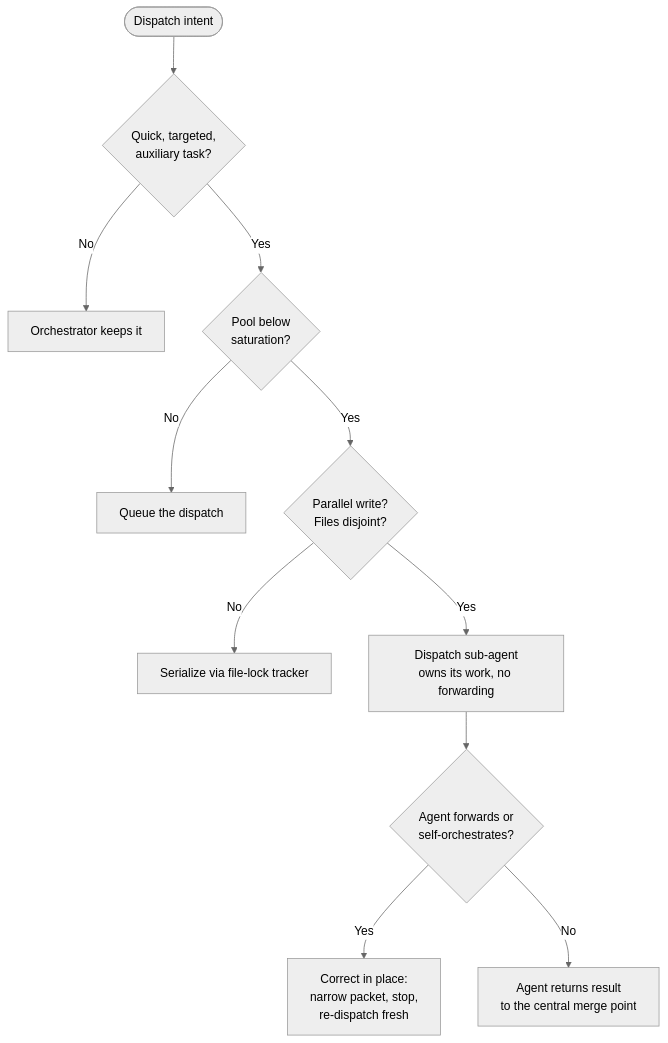
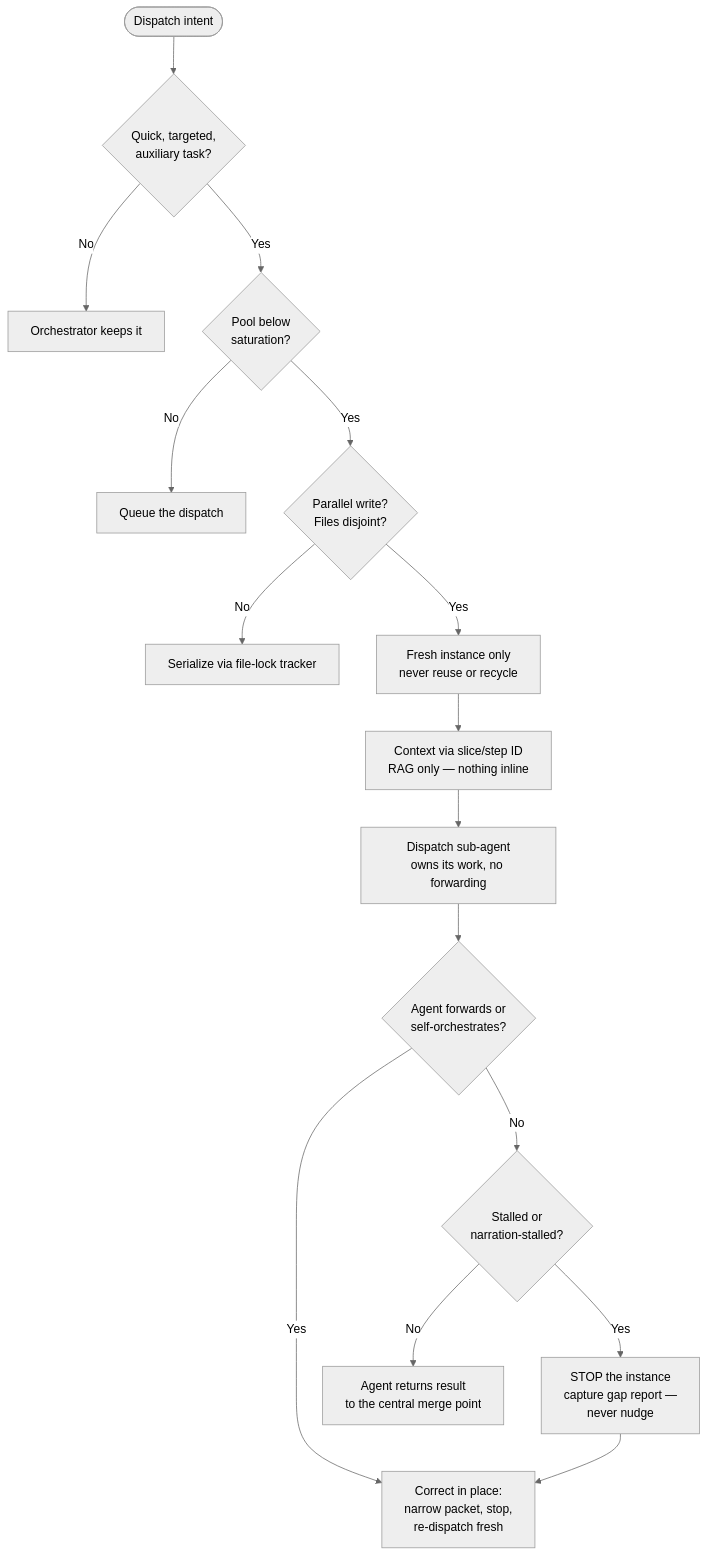
The second of 2 diagrams in .github/skills/execute/SKILL.md (reicek/NeatapticTS), drawn with Mermaid (neutral theme) before and after one commit. The commit also changed other lines of this file and 46 other files, not shown here.

````diff
--- a/.github/skills/execute/SKILL.md
+++ b/.github/skills/execute/SKILL.md
@@ -523,13 +536,18 @@
 ```mermaid
 flowchart TD
     Start(["Dispatch intent"]) --> Aux{"Quick, targeted,<br/>auxiliary task?"}
     Aux -->|No| Keep["Orchestrator keeps it"]
     Aux -->|Yes| Cap{"Pool below<br/>saturation?"}
     Cap -->|No| Queue["Queue the dispatch"]
     Cap -->|Yes| Files{"Parallel write?<br/>Files disjoint?"}
     Files -->|No| Serialize["Serialize via file-lock tracker"]
-    Files -->|Yes| Dispatch["Dispatch sub-agent<br/>owns its work, no forwarding"]
+    Files -->|Yes| Fresh["Fresh instance only<br/>never reuse or recycle"]
+    Fresh --> Rag["Context via slice/step ID<br/>RAG only — nothing inline"]
+    Rag --> Dispatch["Dispatch sub-agent<br/>owns its work, no forwarding"]
     Dispatch --> Owns{"Agent forwards or<br/>self-orchestrates?"}
     Owns -->|Yes| Correct["Correct in place:<br/>narrow packet, stop,<br/>re-dispatch fresh"]
-    Owns -->|No| Merge["Agent returns result<br/>to the central merge point"]
+    Owns -->|No| Stall{"Stalled or<br/>narration-stalled?"}
+    Stall -->|Yes| StopIt["STOP the instance<br/>capture gap report —<br/>never nudge"]
+    Stall -->|No| Merge["Agent returns result<br/>to the central merge point"]
+    StopIt --> Correct
 ```
````
